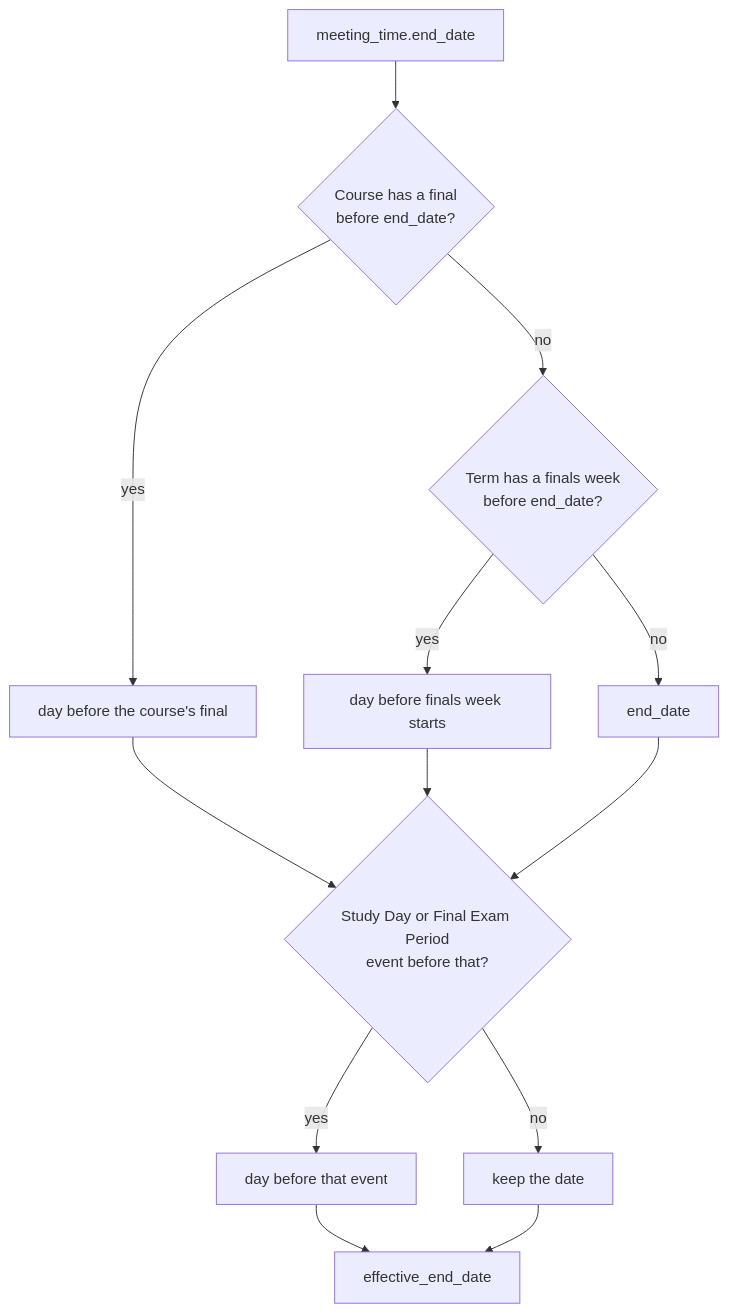
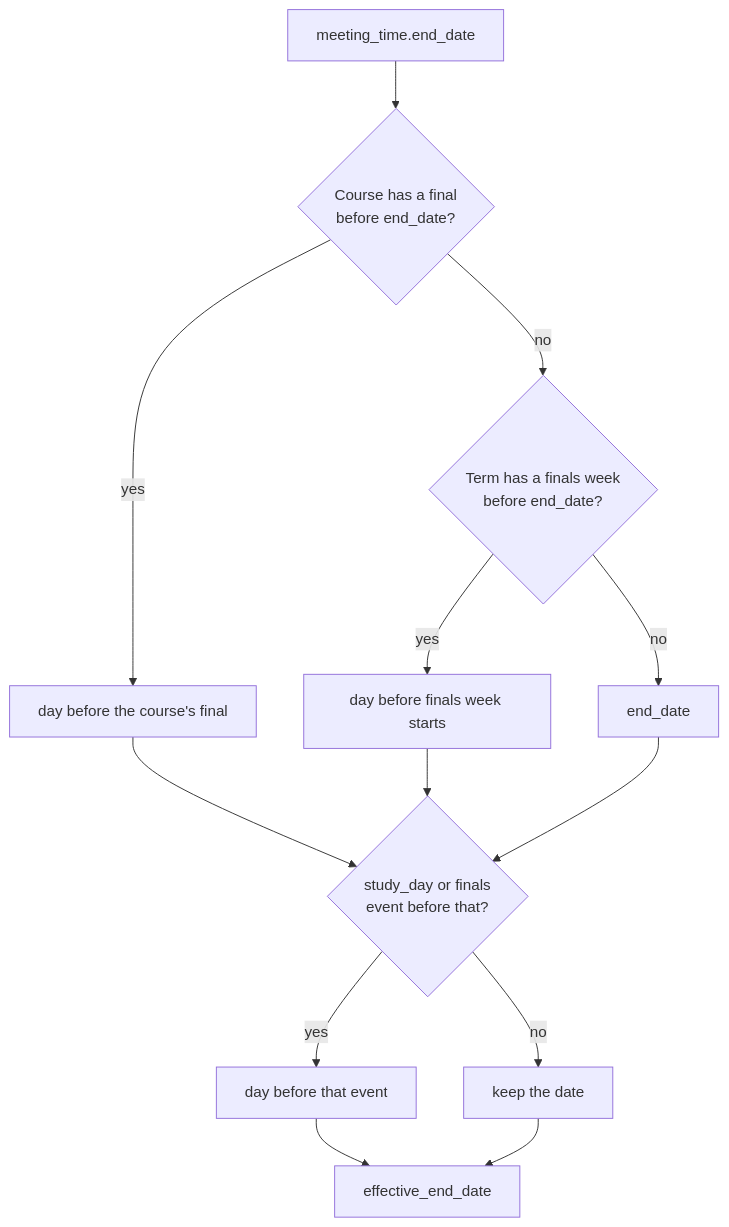
The diagram in docs/class-end-dates.md (WITCodingClub/calendar-backend), drawn with Mermaid before and after one commit. The commit also changed other lines of this file and 6 other files, not shown here.

Commit message:
fix: end classes at every finals period, whatever its title

````diff
--- a/docs/class-end-dates.md
+++ b/docs/class-end-dates.md
@@ -22,15 +22,15 @@
 ```mermaid
 flowchart TD
   A[meeting_time.end_date] --> B{Course has a final<br>before end_date?}
   B -- yes --> C[day before the course's final]
   B -- no --> D{Term has a finals week<br>before end_date?}
   D -- yes --> E[day before finals week starts]
   D -- no --> F[end_date]
-  C --> G{Study Day or Final Exam Period<br>event before that?}
+  C --> G{study_day or finals<br>event before that?}
   E --> G
   F --> G
   G -- yes --> H[day before that event]
   G -- no --> I[keep the date]
   H --> J[effective_end_date]
   I --> J
 ```
````
